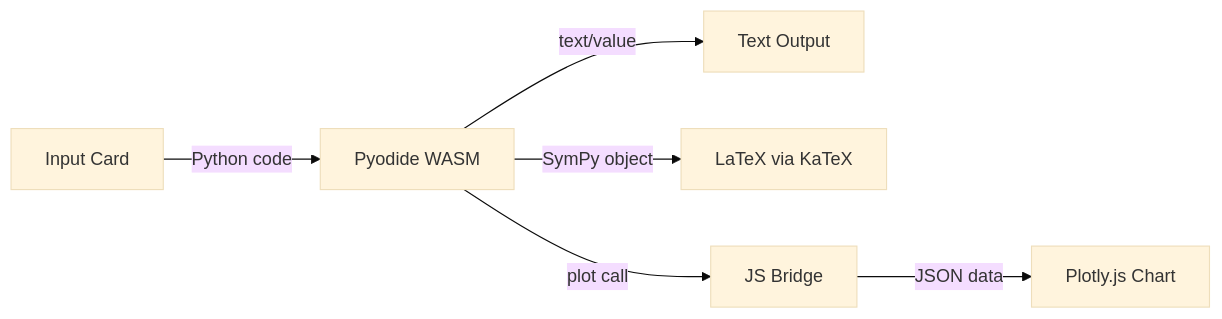
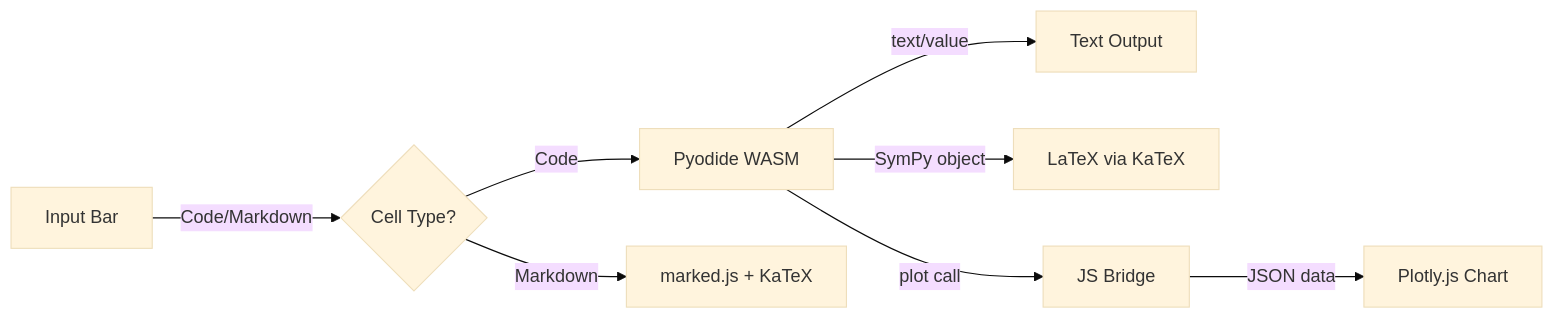
Before and after one commit to s243a/SciREPL: the diagram in README.md, drawn with Mermaid (base theme). The commit also changed other lines of this file and 1 other file, not shown here.

````diff
--- a/README.md
+++ b/README.md
@@ -77,8 +83,10 @@
 ```mermaid
 graph LR
-    A[Input Card] -->|Python code| B[Pyodide WASM]
-    B -->|text/value| C[Text Output]
-    B -->|SymPy object| D[LaTeX via KaTeX]
-    B -->|plot call| E[JS Bridge]
-    E -->|JSON data| F[Plotly.js Chart]
+    A[Input Bar] -->|Code/Markdown| B{Cell Type?}
+    B -->|Code| C[Pyodide WASM]
+    B -->|Markdown| D[marked.js + KaTeX]
+    C -->|text/value| E[Text Output]
+    C -->|SymPy object| F[LaTeX via KaTeX]
+    C -->|plot call| G[JS Bridge]
+    G -->|JSON data| H[Plotly.js Chart]
 ```
````
